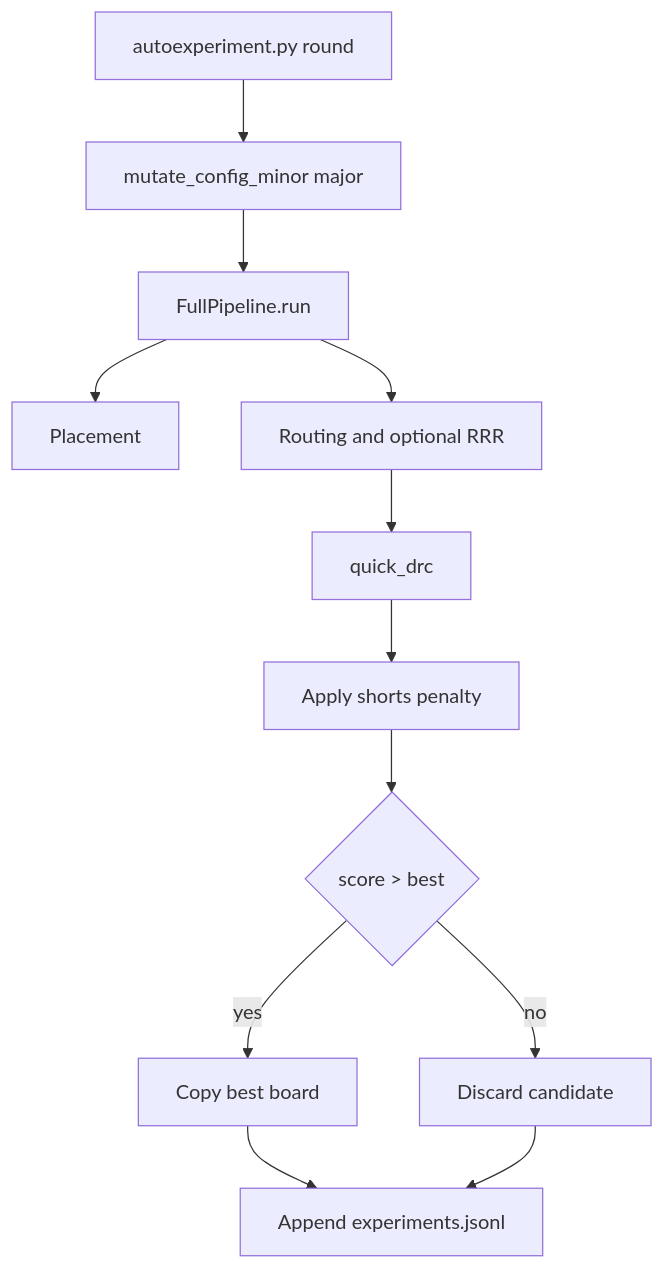
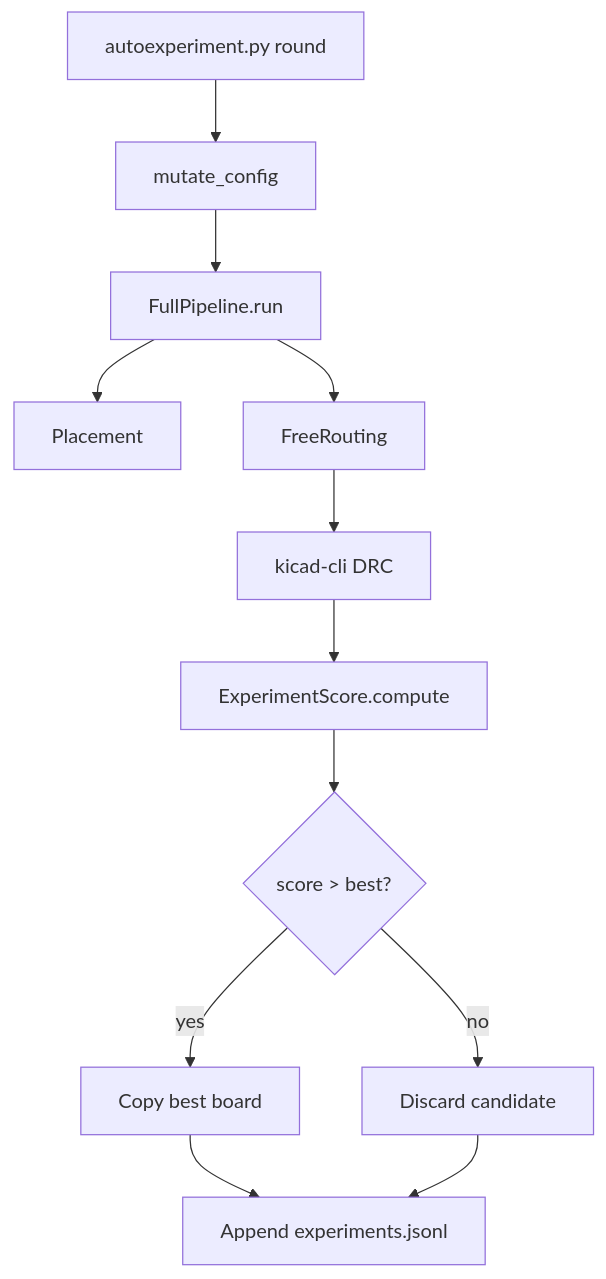
Before and after one commit to laforestlabs/LLUPS: the second of 2 diagrams in docs/auto-trace.md, drawn with Mermaid. The commit also changed other lines of this file and 30 other files, not shown here.

````diff
--- a/docs/auto-trace.md
+++ b/docs/auto-trace.md
@@ -82,14 +44,14 @@
 ```mermaid
 flowchart TD
-  autoexperiment[autoexperiment.py round] --> mutateCfg[mutate_config_minor major]
+  autoexperiment[autoexperiment.py round] --> mutateCfg[mutate_config]
   mutateCfg --> fullPipeline[FullPipeline.run]
   fullPipeline --> placementPhase[Placement]
-  fullPipeline --> routingPhase[Routing and optional RRR]
-  routingPhase --> drcQuick[quick_drc]
-  drcQuick --> scorePenalty[Apply shorts penalty]
-  scorePenalty --> keepCheck{score > best}
+  fullPipeline --> routingPhase[FreeRouting]
+  routingPhase --> drc[kicad-cli DRC]
+  drc --> scorePenalty[ExperimentScore.compute]
+  scorePenalty --> keepCheck{score > best?}
   keepCheck -->|yes| copyBest[Copy best board]
   keepCheck -->|no| discard[Discard candidate]
   copyBest --> log[Append experiments.jsonl]
   discard --> log
 ```
````
